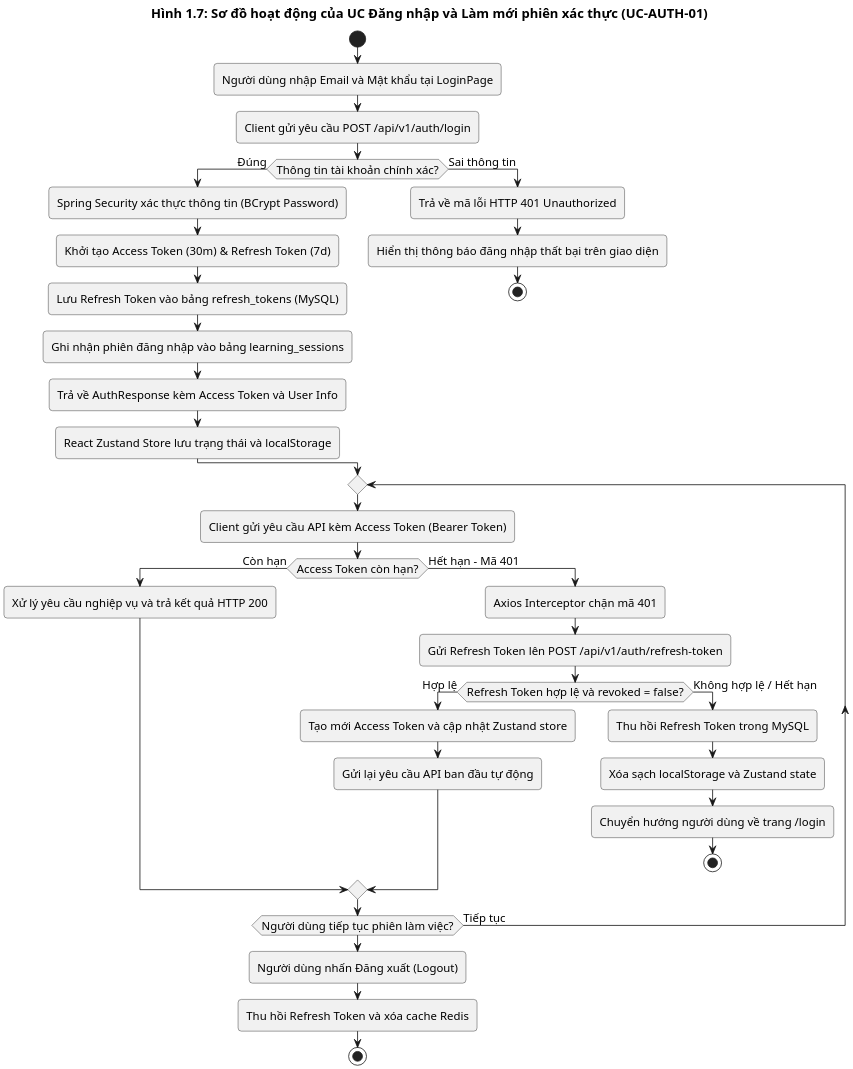
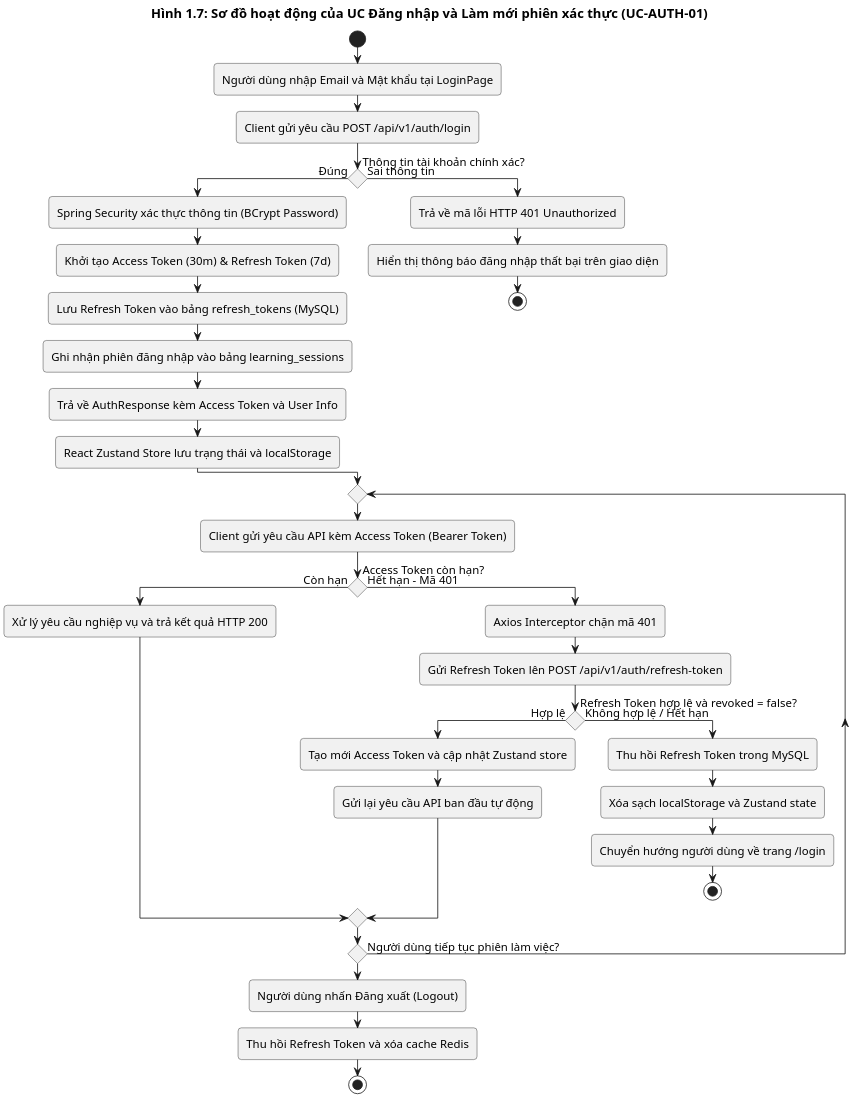
Before and after one commit to TrungPham1126/englishlearning: the diagram in plantuml_diagrams/Hinh_1_7_So_do_hoat_dong_UC_AUTH_01_Dang_nhap_va_Lam_moi_phien.puml, drawn with PlantUML. The commit also changed 126 other files, not shown here.

```diff
--- a/plantuml_diagrams/Hinh_1_7_So_do_hoat_dong_UC_AUTH_01_Dang_nhap_va_Lam_moi_phien.puml
+++ b/plantuml_diagrams/Hinh_1_7_So_do_hoat_dong_UC_AUTH_01_Dang_nhap_va_Lam_moi_phien.puml
@@ -1,50 +1,51 @@
 @startuml Hinh_1_7_So_do_hoat_dong_UC_AUTH_01_Dang_nhap_va_Lam_moi_phien
+skinparam ConditionStyle diamond
 title Hình 1.7: Sơ đồ hoạt động của UC Đăng nhập và Làm mới phiên xác thực (UC-AUTH-01)
 skinparam dpi 200
 skinparam monochrome true
 skinparam shadowing false
 skinparam defaultFontName Arial
 skinparam defaultFontSize 14
 skinparam titleFontSize 16
 skinparam roundcorner 8
 
 start
 :Người dùng nhập Email và Mật khẩu tại LoginPage;
 :Client gửi yêu cầu POST /api/v1/auth/login;
 
 if (Thông tin tài khoản chính xác?) then (Đúng)
     :Spring Security xác thực thông tin (BCrypt Password);
     :Khởi tạo Access Token (30m) & Refresh Token (7d);
     :Lưu Refresh Token vào bảng refresh_tokens (MySQL);
     :Ghi nhận phiên đăng nhập vào bảng learning_sessions;
     :Trả về AuthResponse kèm Access Token và User Info;
     :React Zustand Store lưu trạng thái và localStorage;
 else (Sai thông tin)
     :Trả về mã lỗi HTTP 401 Unauthorized;
     :Hiển thị thông báo đăng nhập thất bại trên giao diện;
     stop
 endif
 
 repeat
     :Client gửi yêu cầu API kèm Access Token (Bearer Token);
     if (Access Token còn hạn?) then (Còn hạn)
         :Xử lý yêu cầu nghiệp vụ và trả kết quả HTTP 200;
     else (Hết hạn - Mã 401)
         :Axios Interceptor chặn mã 401;
         :Gửi Refresh Token lên POST /api/v1/auth/refresh-token;
         if (Refresh Token hợp lệ và revoked = false?) then (Hợp lệ)
             :Tạo mới Access Token và cập nhật Zustand store;
             :Gửi lại yêu cầu API ban đầu tự động;
         else (Không hợp lệ / Hết hạn)
             :Thu hồi Refresh Token trong MySQL;
             :Xóa sạch localStorage và Zustand state;
             :Chuyển hướng người dùng về trang /login;
             stop
         endif
     endif
 repeat while (Người dùng tiếp tục phiên làm việc?) is (Tiếp tục)
 
 :Người dùng nhấn Đăng xuất (Logout);
 :Thu hồi Refresh Token và xóa cache Redis;
 stop
 @enduml
```
